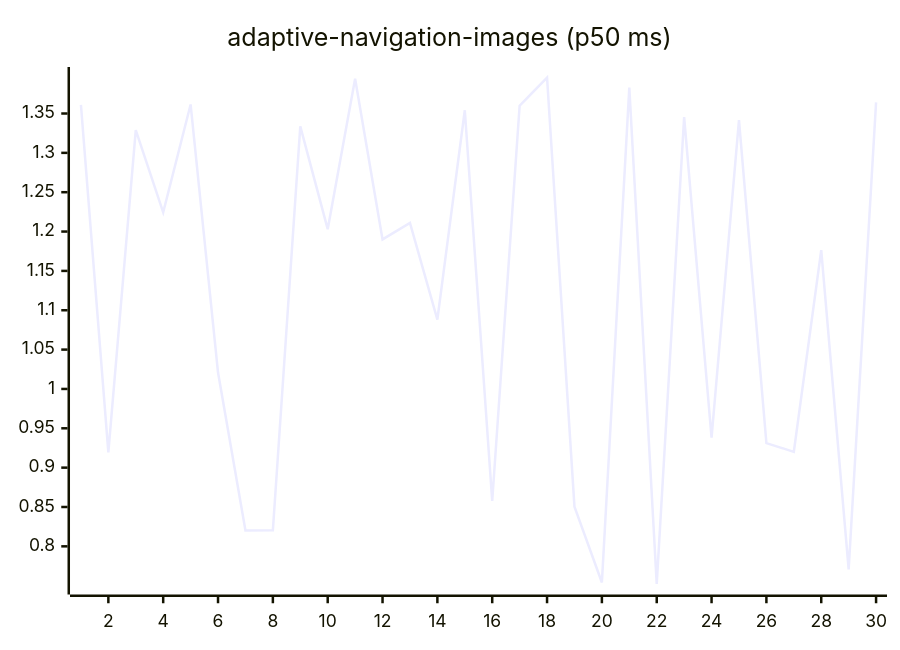
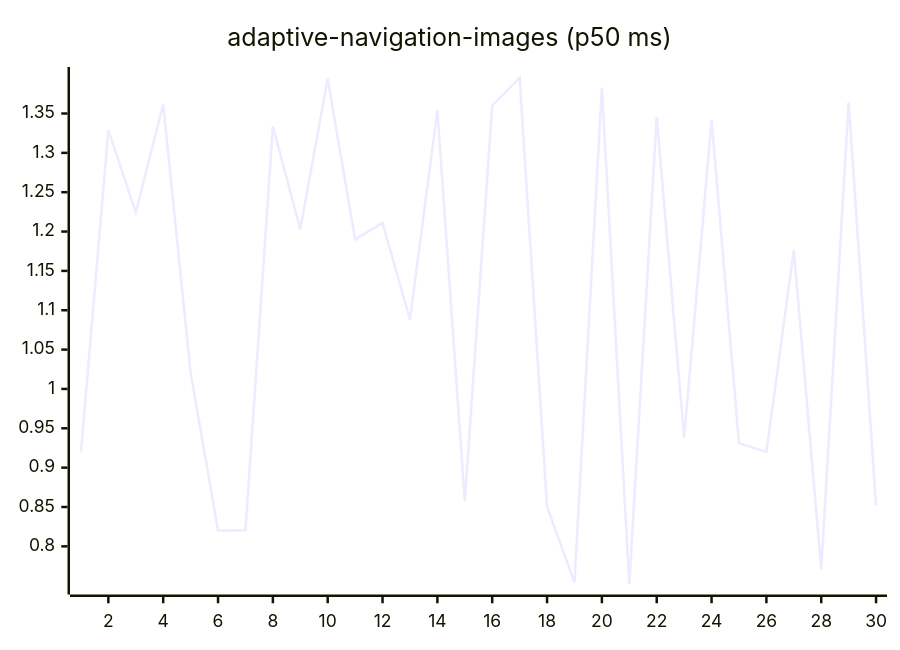
Before and after one commit to josha/Facet: the first of 27 diagrams in README.md, drawn with Mermaid. The commit also changed other lines of this file and 2 other files, not shown here.

````diff
--- a/README.md
+++ b/README.md
@@ -63,6 +63,6 @@
 ```mermaid
 xychart-beta
     title "adaptive-navigation-images (p50 ms)"
     x-axis 1 --> 30
-    line [1.3609, 0.9193, 1.3288, 1.2245, 1.3615, 1.0208, 0.8202, 0.8203, 1.3336, 1.2030, 1.3942, 1.1900, 1.2110, 1.0882, 1.3541, 0.8576, 1.3599, 1.3956, 0.8504, 0.7540, 1.3829, 0.7523, 1.3455, 0.9380, 1.3415, 0.9312, 0.9201, 1.1763, 0.7707, 1.3642]
+    line [0.9193, 1.3288, 1.2245, 1.3615, 1.0208, 0.8202, 0.8203, 1.3336, 1.2030, 1.3942, 1.1900, 1.2110, 1.0882, 1.3541, 0.8576, 1.3599, 1.3956, 0.8504, 0.7540, 1.3829, 0.7523, 1.3455, 0.9380, 1.3415, 0.9312, 0.9201, 1.1763, 0.7707, 1.3642, 0.8516]
 ```
````
